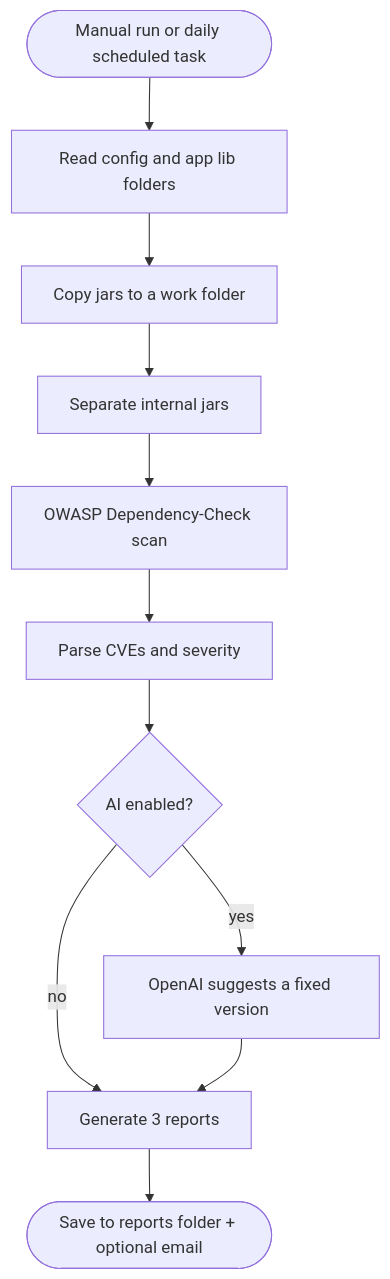
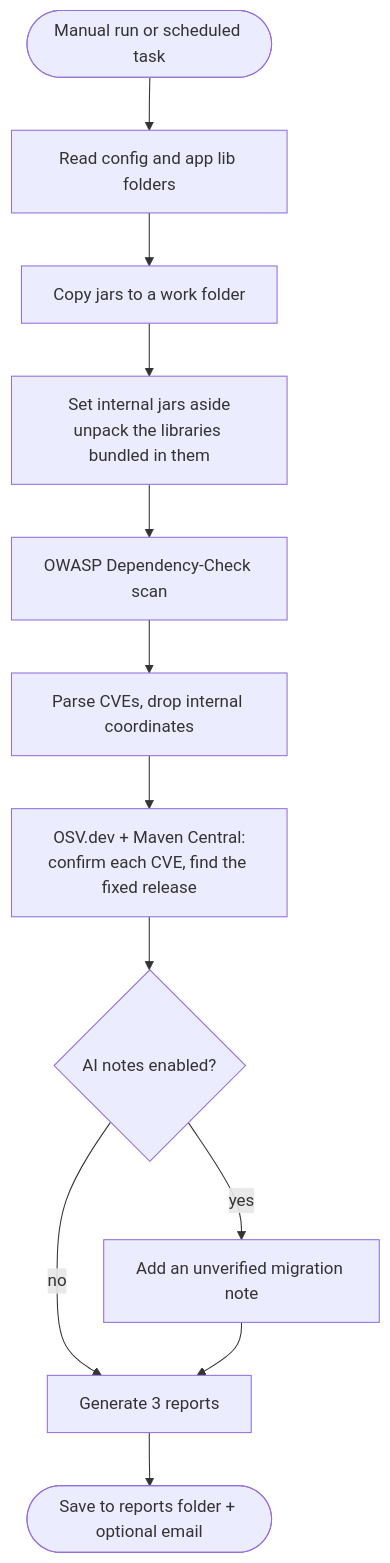
Before and after one commit to Faizan-Ali-code/JarXray: the diagram in README.md, drawn with Mermaid. The commit also changed other lines of this file and 37 other files, not shown here.

````diff
--- a/README.md
+++ b/README.md
@@ -18,13 +31,14 @@
 ```mermaid
 flowchart TD
-    A([Manual run or daily scheduled task]) --> B[Read config and app lib folders]
+    A([Manual run or scheduled task]) --> B[Read config and app lib folders]
     B --> C[Copy jars to a work folder]
-    C --> D[Separate internal jars]
+    C --> D[Set internal jars aside<br/>unpack the libraries bundled in them]
     D --> E[OWASP Dependency-Check scan]
-    E --> F[Parse CVEs and severity]
-    F --> G{AI enabled?}
-    G -- yes --> H[OpenAI suggests a fixed version]
-    G -- no --> I
-    H --> I[Generate 3 reports]
-    I --> J([Save to reports folder + optional email])
+    E --> F[Parse CVEs, drop internal coordinates]
+    F --> G[OSV.dev + Maven Central:<br/>confirm each CVE, find the fixed release]
+    G --> H{AI notes enabled?}
+    H -- yes --> I[Add an unverified migration note]
+    H -- no --> J
+    I --> J[Generate 3 reports]
+    J --> K([Save to reports folder + optional email])
 ```
````
